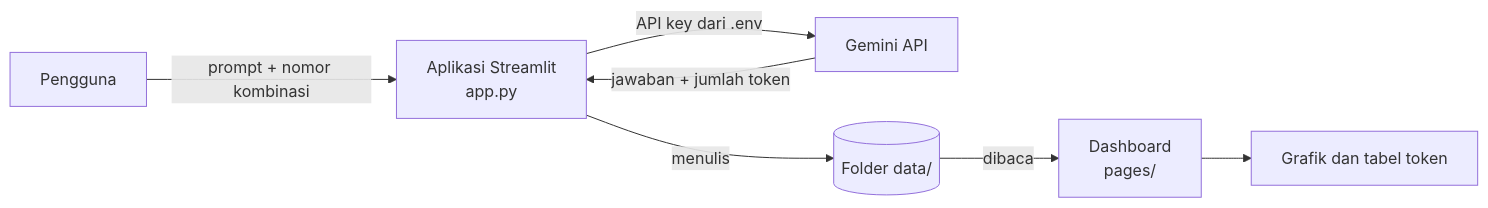
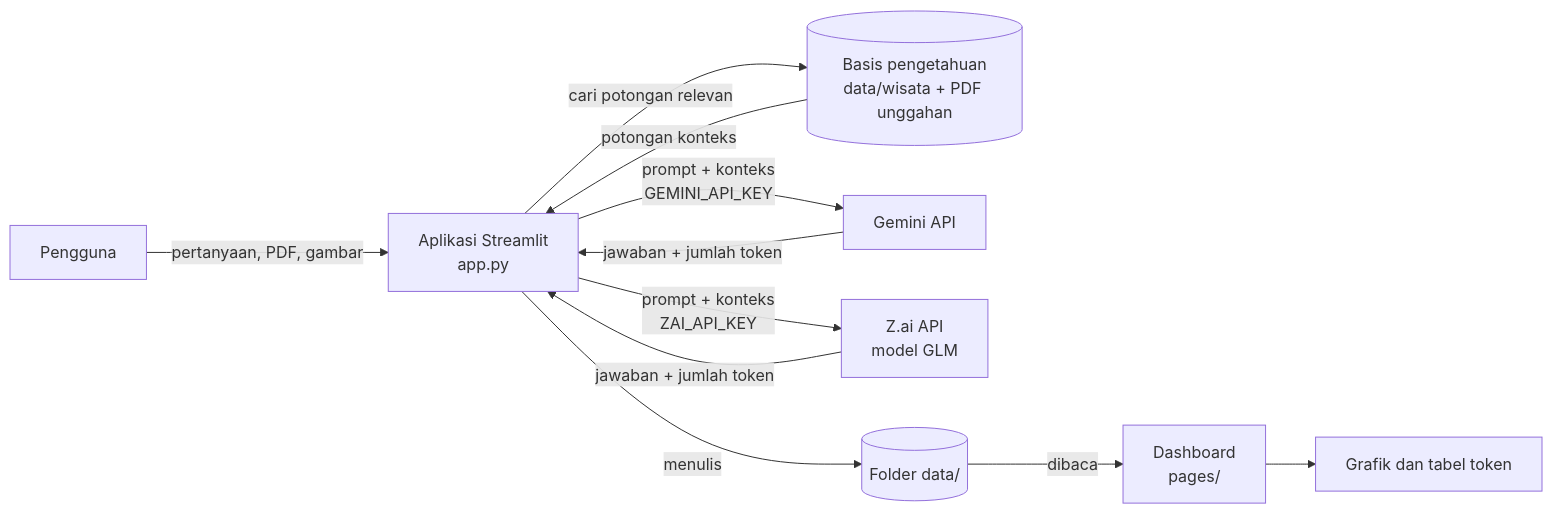
The diagram in README.md (Steventeody/tugas_Pengembangan_Sistem-Cerdas), drawn with Mermaid before and after one commit. The commit also changed other lines of this file and 18 other files, not shown here.

````diff
--- a/README.md
+++ b/README.md
@@ -44,9 +45,13 @@
 ```mermaid
 flowchart LR
-    U[Pengguna] -->|prompt + nomor kombinasi| A[Aplikasi Streamlit<br/>app.py]
-    A -->|API key dari .env| G[Gemini API]
+    U[Pengguna] -->|pertanyaan, PDF, gambar| A[Aplikasi Streamlit<br/>app.py]
+    A -->|cari potongan relevan| K[(Basis pengetahuan<br/>data/wisata + PDF unggahan)]
+    K -->|potongan konteks| A
+    A -->|prompt + konteks<br/>GEMINI_API_KEY| G[Gemini API]
+    A -->|prompt + konteks<br/>ZAI_API_KEY| Z[Z.ai API<br/>model GLM]
     G -->|jawaban + jumlah token| A
+    Z -->|jawaban + jumlah token| A
     A -->|menulis| D[(Folder data/)]
     D -->|dibaca| H[Dashboard<br/>pages/]
     H --> V[Grafik dan tabel token]
 ```
````
